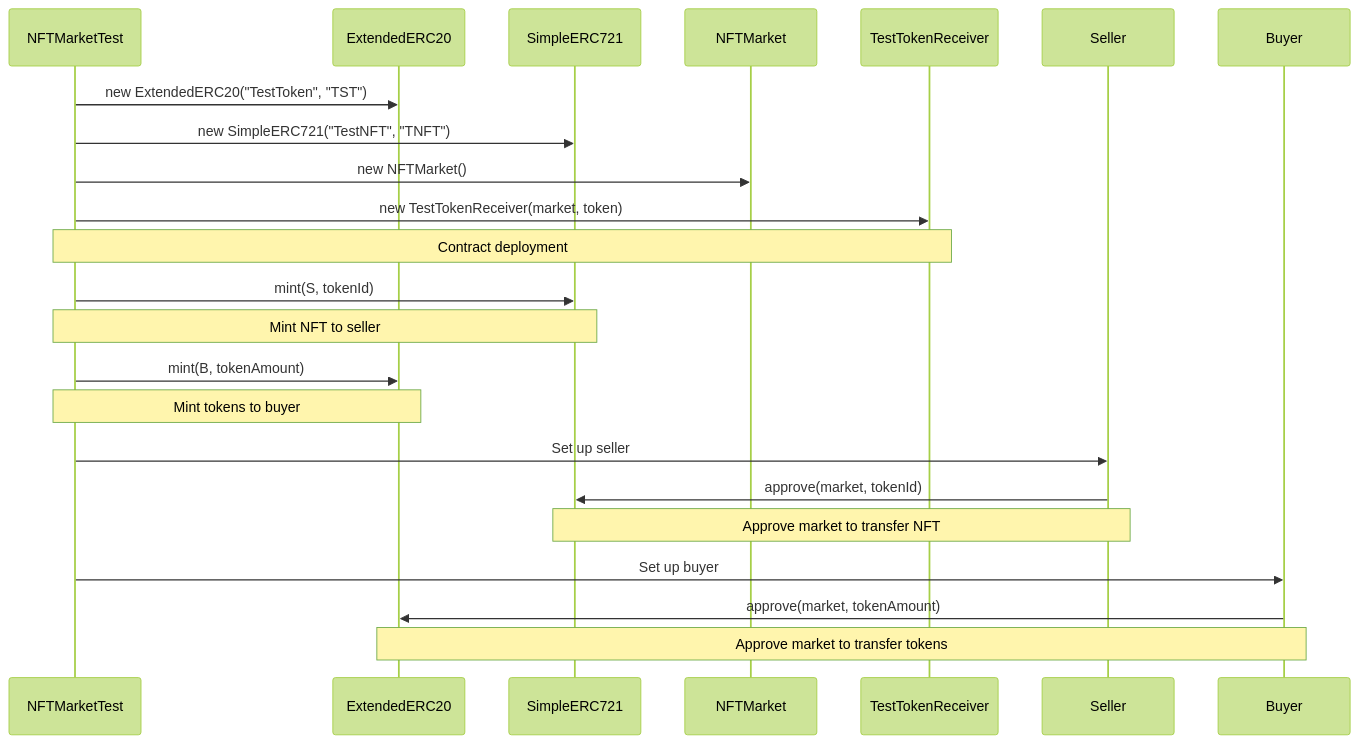
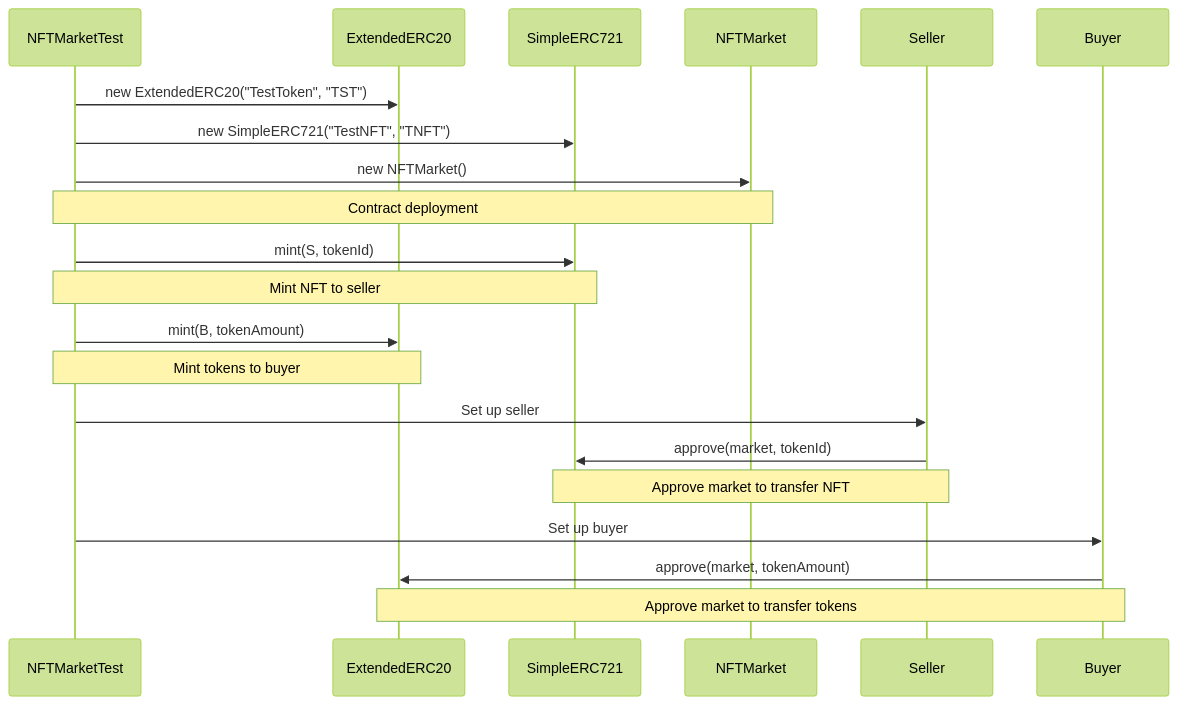
Before and after one commit to suogongy/decert_me: the first of 4 diagrams in NFTMarketV1/README.md, drawn with Mermaid (forest theme). The commit also changed other lines of this file, not shown here.

Commit message:
update reademe.md for nft market v1

````diff
--- a/NFTMarketV1/README.md
+++ b/NFTMarketV1/README.md
@@ -38,30 +43,28 @@
 ```mermaid
 sequenceDiagram
     participant T as NFTMarketTest
     participant E as ExtendedERC20
     participant N as SimpleERC721
     participant M as NFTMarket
-    participant R as TestTokenReceiver
     participant S as Seller
     participant B as Buyer
 
     T->>E: new ExtendedERC20("TestToken", "TST")
     T->>N: new SimpleERC721("TestNFT", "TNFT")
     T->>M: new NFTMarket()
-    T->>R: new TestTokenReceiver(market, token)
-    Note over T,R: Contract deployment
+    Note over T,M: Contract deployment
 
     T->>N: mint(S, tokenId)
     Note over T,N: Mint NFT to seller
 
     T->>E: mint(B, tokenAmount)
     Note over T,E: Mint tokens to buyer
 
     T->>S: Set up seller
     S->>N: approve(market, tokenId)
     Note over S,N: Approve market to transfer NFT
 
     T->>B: Set up buyer
     B->>E: approve(market, tokenAmount)
     Note over B,E: Approve market to transfer tokens
 ```
````
